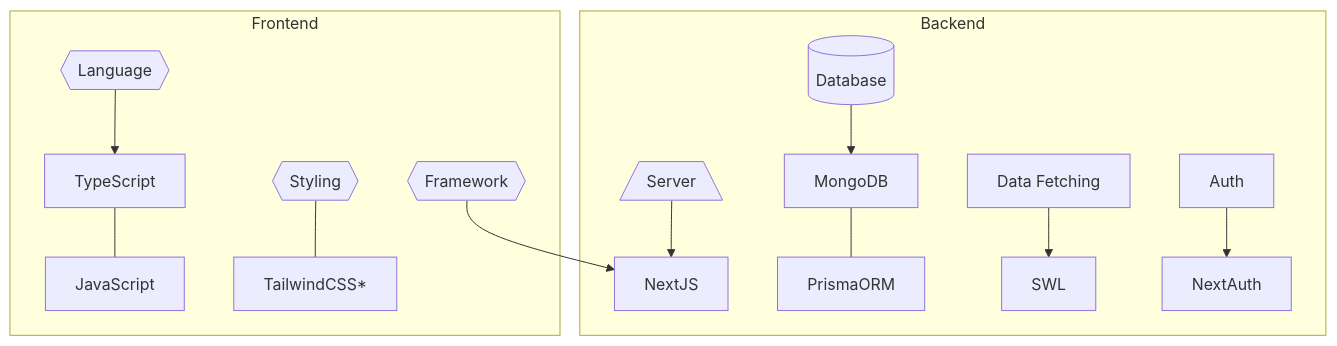
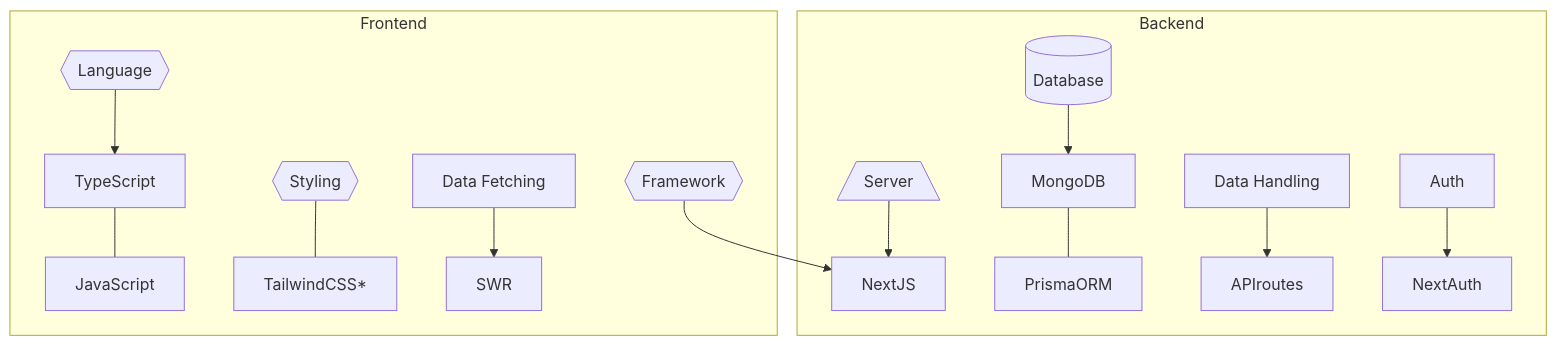
One commit to kezzaam/guidinglight changed the first of 3 diagrams in README.md. Above: the diagram before and after it, drawn with Mermaid.

````diff
--- a/README.md
+++ b/README.md
@@ -32,14 +32,15 @@
 ```mermaid
 flowchart TB
     subgraph Backend
     id0[/Server\]-->NextJS
     id1[(Database)]-->MongoDB---PrismaORM
-    id3[Data Fetching]-->SWL
+    id3[Data Handling]-->APIroutes
     id4[Auth]-->NextAuth
     end
     subgraph Frontend
     id2{{Framework}}-->NextJS
     id5{{Language}}-->TypeScript---JavaScript
     id6{{Styling}}---TailwindCSS*
+    id7[Data Fetching]-->SWR
     end
 ```
````
